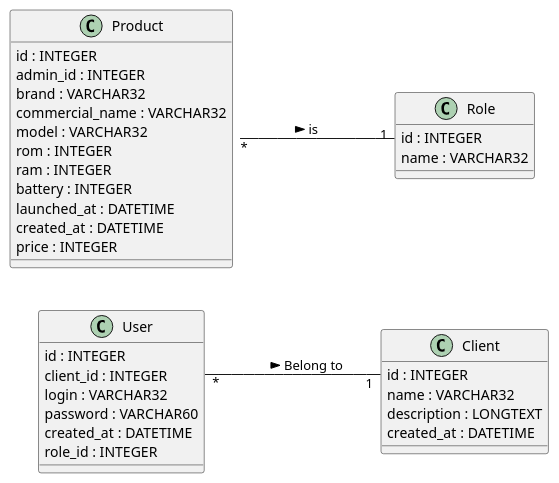
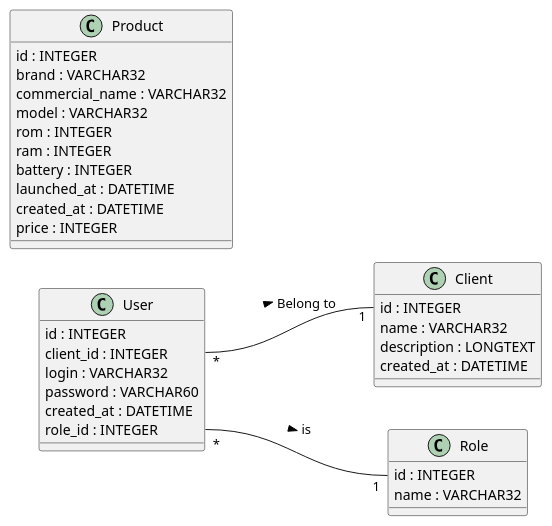
The diagram in diagrams/dbModel.puml (Xwyk/BileMo), drawn with PlantUML before and after one commit.

Commit message:
Model update

```diff
--- a/diagrams/dbModel.puml
+++ b/diagrams/dbModel.puml
@@ -1,41 +1,40 @@
 @startuml
 'https://plantuml.com/class-diagram
 
 left to right direction
 
 class User {
   id : INTEGER
   client_id : INTEGER
   login : VARCHAR32
   password : VARCHAR60
   created_at : DATETIME
   role_id : INTEGER
 }
 class Role{
   id : INTEGER
   name : VARCHAR32
 }
 class Client{
   id : INTEGER
   name : VARCHAR32
   description : LONGTEXT
   created_at : DATETIME
  }
 class Product{
   id : INTEGER
-  admin_id : INTEGER
   brand : VARCHAR32
   commercial_name : VARCHAR32
   model : VARCHAR32
   rom : INTEGER
   ram : INTEGER
   battery : INTEGER
   launched_at : DATETIME
   created_at : DATETIME
   price : INTEGER
 }
 
 User::client_id "*" -- "1" Client::id : Belong to >
-Product::role_id "*" -- "1" Role::id : is >
+User::role_id "*" -- "1" Role::id : is >
 
 @enduml
```
